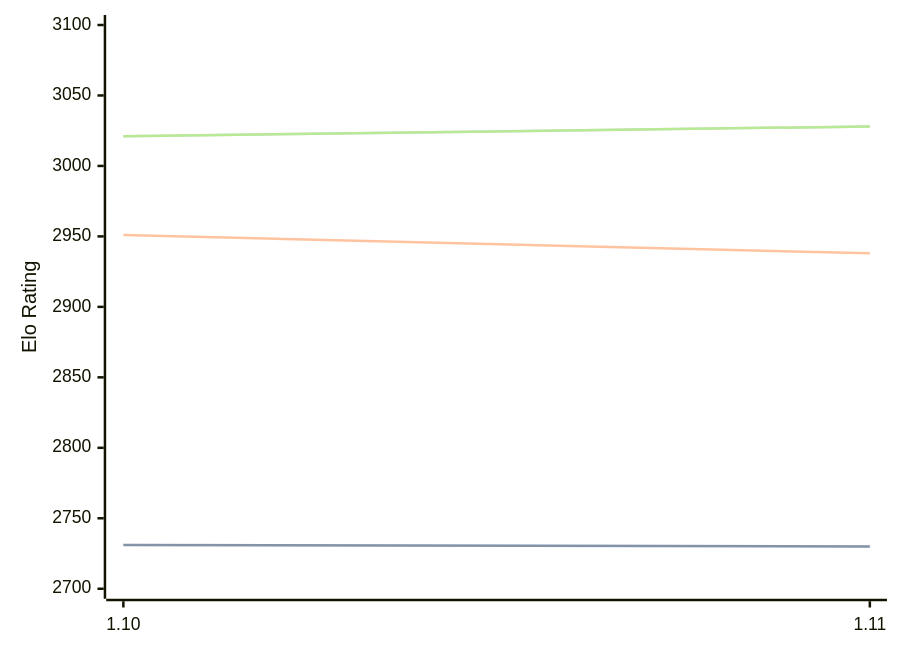
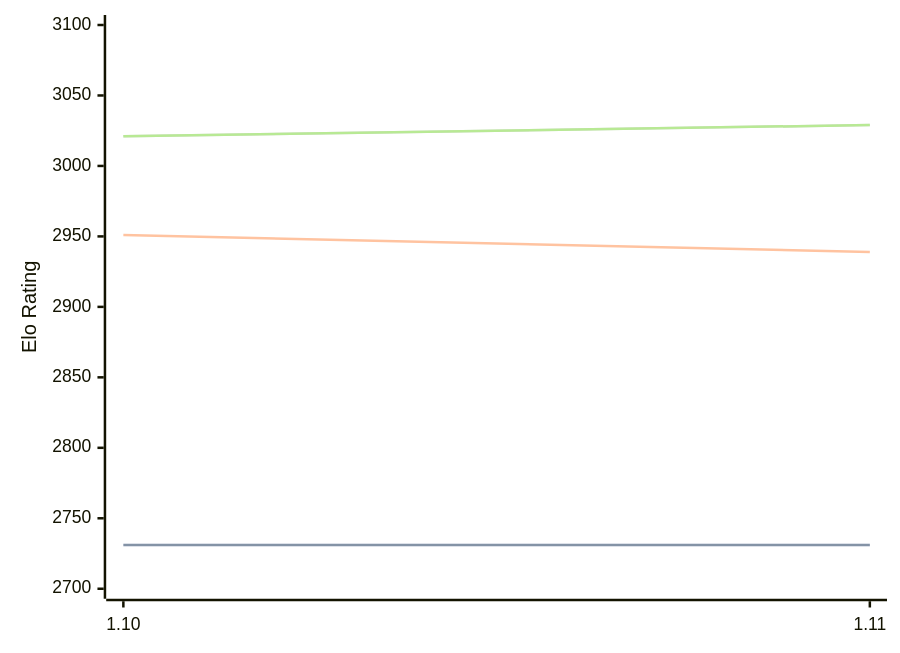
One commit to computer-chess-index/cci changed the diagram in engines/Roc.md. Above: the diagram before and after it, drawn with Mermaid. The commit also changed other lines of this file, not shown here.

Commit message:
Update CCI Ratings (ELO VLTC) - 2026-08-19

````diff
--- a/engines/Roc.md
+++ b/engines/Roc.md
@@ -42,11 +42,11 @@
 ```mermaid
 %%{init: {"theme":"base","themeVariables":{"seriesColors:['#a3a3a3','#222221','#faa371']}}}%%
 xychart-beta
   x-axis ["1.10", "1.11"]
   y-axis "Elo Rating" 2700 --> 3100
-  line "STC (8.0+0.08s)" [2731, 2730]
-  line "STC (8.0+0.08s)" [2731, 2730]
-  line "LTC (60.0+0.60s)" [2951, 2938]
-  line "VLTC (2m24s+1.12s)" [3021, 3028]
-  line "VLTC (2m24s+1.12s)" [3021, 3028]
+  line "STC (8.0+0.08s)" [2731, 2731]
+  line "STC (8.0+0.08s)" [2731, 2731]
+  line "LTC (60.0+0.60s)" [2951, 2939]
+  line "VLTC (2m24s+1.12s)" [3021, 3029]
+  line "VLTC (2m24s+1.12s)" [3021, 3029]
 ```
````
